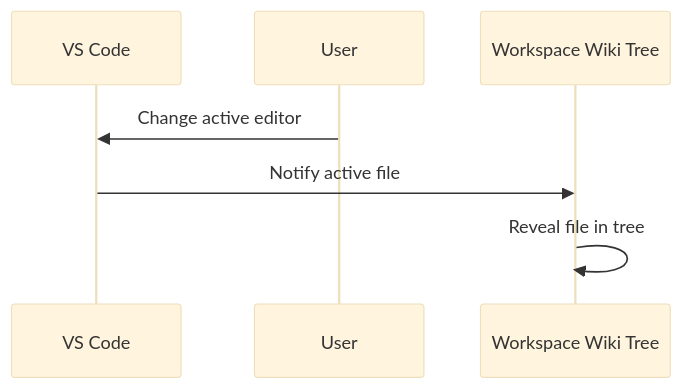
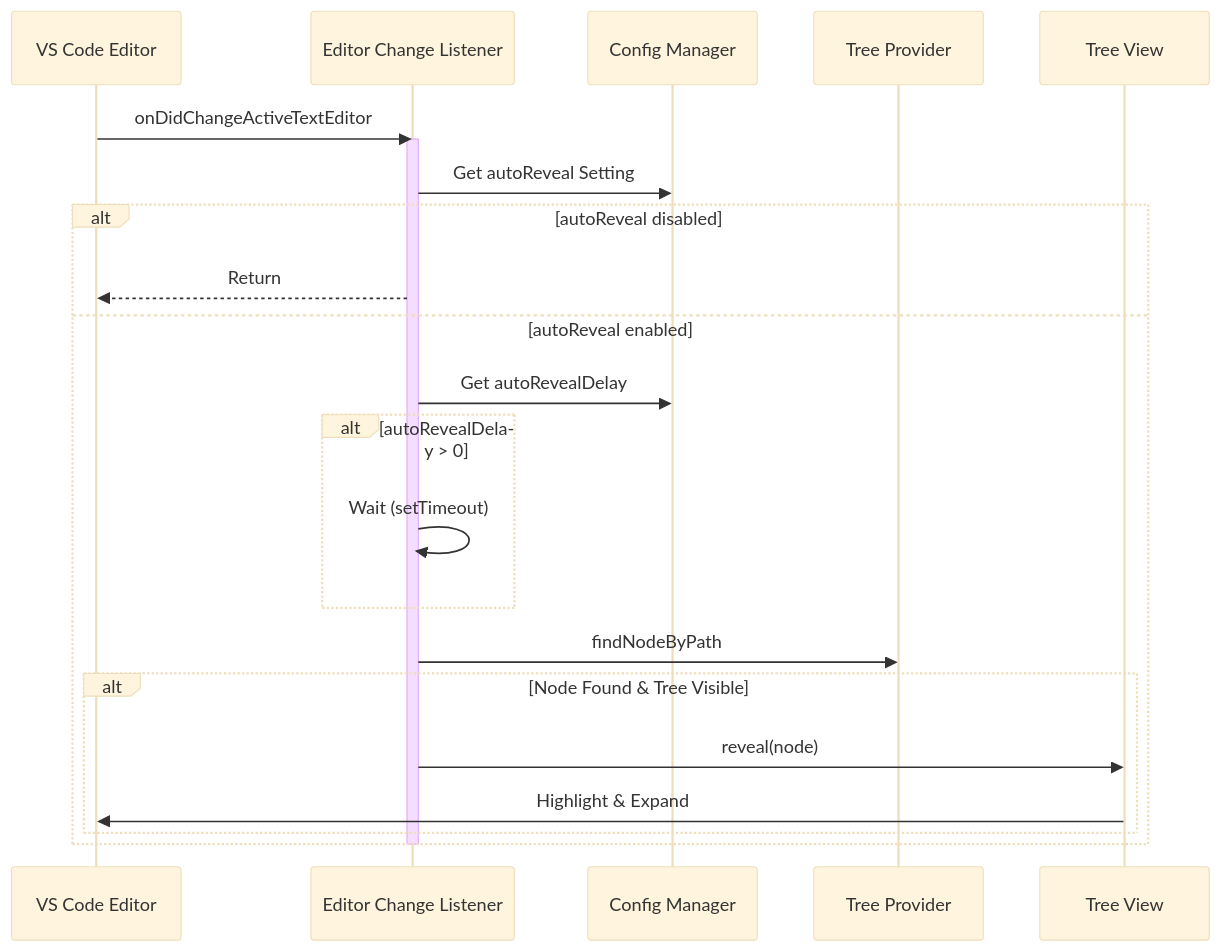
Before and after one commit to AlexJSully/workspace-wiki: the diagram in docs/architecture/sync.md, drawn with Mermaid (base theme). The commit also changed other lines of this file and 8 other files, not shown here.

````diff
--- a/docs/architecture/sync.md
+++ b/docs/architecture/sync.md
@@ -80,9 +80,25 @@
 ```mermaid
 sequenceDiagram
-	participant VSCode as VS Code
-	participant User as User
-	participant Tree as Workspace Wiki Tree
-	User->>VSCode: Change active editor
-	VSCode->>Tree: Notify active file
-	Tree->>Tree: Reveal file in tree
+	participant VSCode as VS Code Editor
+	participant Listener as Editor Change Listener
+	participant Config as Config Manager
+	participant Tree as Tree Provider
+	participant View as Tree View
+	VSCode->>Listener: onDidChangeActiveTextEditor
+	activate Listener
+	Listener->>Config: Get autoReveal Setting
+	alt autoReveal disabled
+		Listener-->>VSCode: Return
+	else autoReveal enabled
+		Listener->>Config: Get autoRevealDelay
+		alt autoRevealDelay > 0
+			Listener->>Listener: Wait (setTimeout)
+		end
+		Listener->>Tree: findNodeByPath
+		alt Node Found & Tree Visible
+			Listener->>View: reveal(node)
+			View->>VSCode: Highlight & Expand
+		end
+	end
+	deactivate Listener
 ```
````
